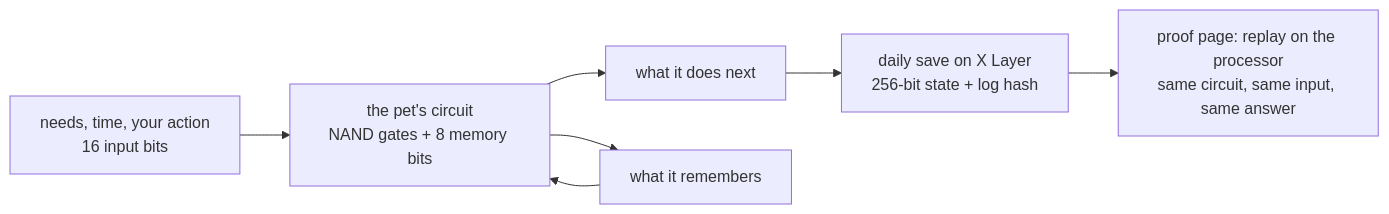
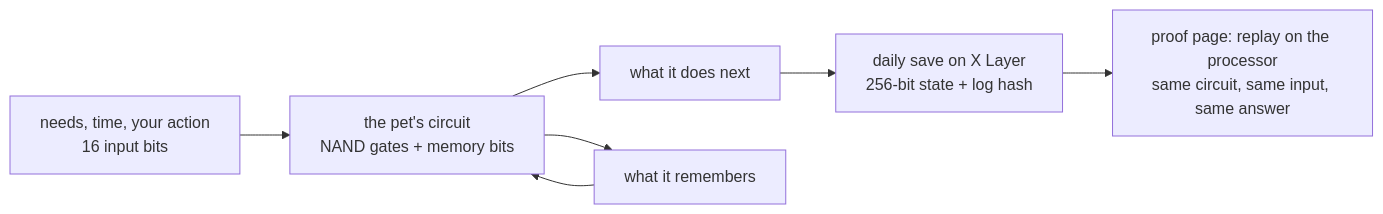
Before and after one commit to Pratiikpy/lingxi: the first of 2 diagrams in README.md, drawn with Mermaid. The commit also changed other lines of this file and 4 other files, not shown here.

````diff
--- a/README.md
+++ b/README.md
@@ -32,9 +32,9 @@
 ```mermaid
 flowchart LR
-  A[needs, time, your action<br/>16 input bits] --> B[the pet's circuit<br/>NAND gates + 8 memory bits]
+  A[needs, time, your action<br/>16 input bits] --> B[the pet's circuit<br/>NAND gates + memory bits]
   B --> C[what it does next]
   B --> D[what it remembers]
   D --> B
   C --> E[daily save on X Layer<br/>256-bit state + log hash]
   E --> F[proof page: replay on the processor<br/>same circuit, same input, same answer]
 ```
````
